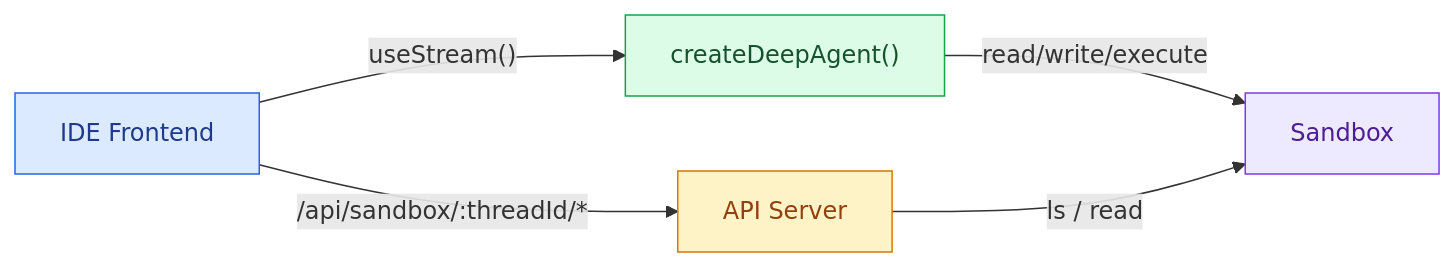
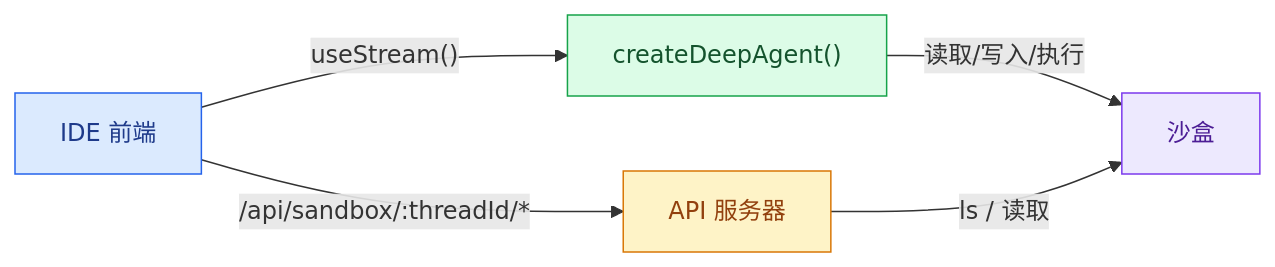
Before and after one commit to kunfan96/cndocs-langchain: the first of 2 diagrams in oss/javascript/deepagents/frontend/sandbox.mdx, drawn with Mermaid. The commit also changed other lines of this file and 505 other files, not shown here.

````diff
--- a/oss/javascript/deepagents/frontend/sandbox.mdx
+++ b/oss/javascript/deepagents/frontend/sandbox.mdx
@@ -35,29 +22,29 @@
 ```mermaid
 %%{
   init: {
     "fontFamily": "monospace",
     "flowchart": {
       "curve": "curve"
     }
   }
 }%%
 graph LR
-  UI["IDE Frontend"]
-  API["API Server"]
+  UI["IDE 前端"]
+  API["API 服务器"]
   AGENT["createDeepAgent()"]
-  SANDBOX["Sandbox"]
+  SANDBOX["沙盒"]
 
   UI --"useStream()"--> AGENT
   UI --"/api/sandbox/:threadId/*"--> API
-  AGENT --"read/write/execute"--> SANDBOX
-  API --"ls / read"--> SANDBOX
+  AGENT --"读取/写入/执行"--> SANDBOX
+  API --"ls / 读取"--> SANDBOX
 
   classDef blueHighlight fill:#DBEAFE,stroke:#2563EB,color:#1E3A8A;
   classDef greenHighlight fill:#DCFCE7,stroke:#16A34A,color:#14532D;
   classDef purpleHighlight fill:#EDE9FE,stroke:#7C3AED,color:#4C1D95;
   classDef orangeHighlight fill:#FEF3C7,stroke:#D97706,color:#92400E;
   class UI blueHighlight;
   class AGENT greenHighlight;
   class SANDBOX purpleHighlight;
   class API orangeHighlight;
 ```
````
